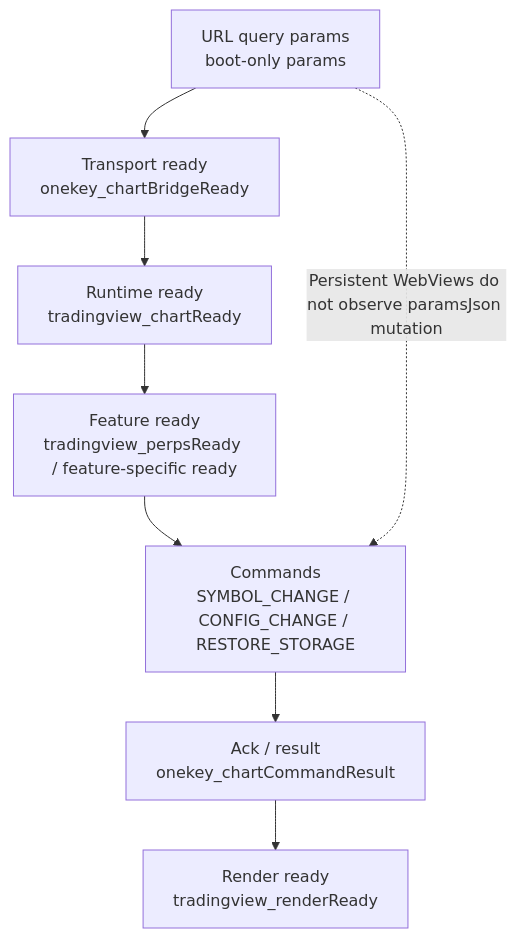
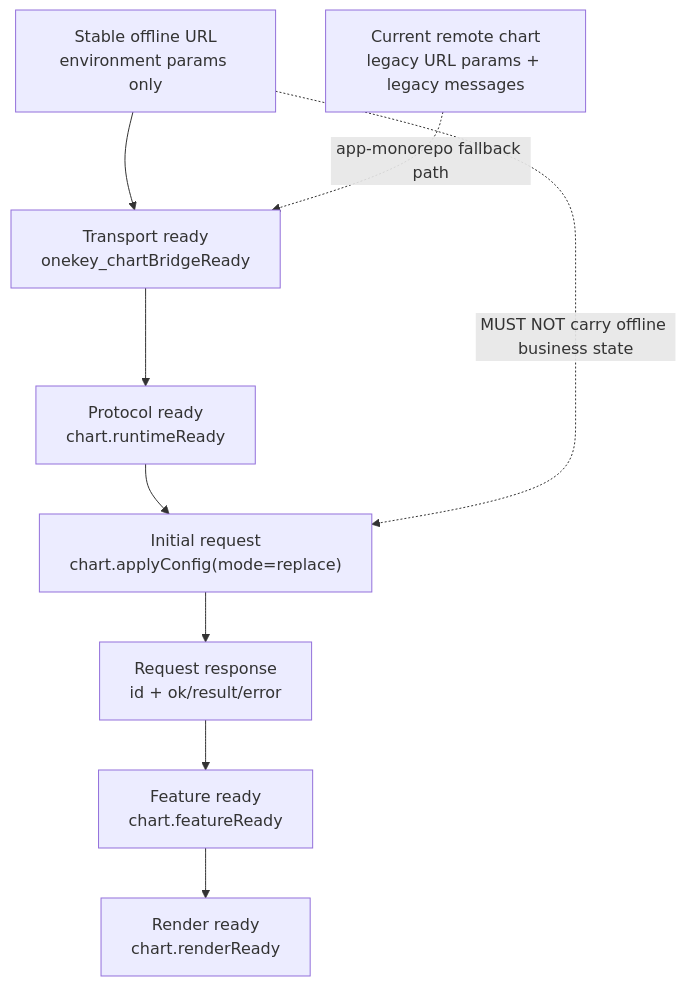
Before and after one commit to OneKeyHQ/app-modules: the second of 2 diagrams in native-views/react-native-chart-webview/SPEC.md, drawn with Mermaid. The commit also changed other lines of this file, not shown here.

Commit message:
docs: update chart webview protocol spec

````diff
--- a/native-views/react-native-chart-webview/SPEC.md
+++ b/native-views/react-native-chart-webview/SPEC.md
@@ -330,14 +330,15 @@
 ```mermaid
 flowchart TB
-  URL["URL query params<br/>boot-only params"]
+  URL["Stable offline URL<br/>environment params only"]
   Transport["Transport ready<br/>onekey_chartBridgeReady"]
-  Runtime["Runtime ready<br/>tradingview_chartReady"]
-  Feature["Feature ready<br/>tradingview_perpsReady / feature-specific ready"]
-  Command["Commands<br/>SYMBOL_CHANGE / CONFIG_CHANGE / RESTORE_STORAGE"]
-  Result["Ack / result<br/>onekey_chartCommandResult"]
-  Render["Render ready<br/>tradingview_renderReady"]
+  Runtime["Protocol ready<br/>chart.runtimeReady"]
+  Apply["Initial request<br/>chart.applyConfig(mode=replace)"]
+  Response["Request response<br/>id + ok/result/error"]
+  Feature["Feature ready<br/>chart.featureReady"]
+  Render["Render ready<br/>chart.renderReady"]
+  Legacy["Current remote chart<br/>legacy URL params + legacy messages"]
 
-  URL --> Transport --> Runtime --> Feature
-  Feature --> Command --> Result --> Render
-  URL -. "Persistent WebViews do not observe paramsJson mutation" .-> Command
+  URL --> Transport --> Runtime --> Apply --> Response --> Feature --> Render
+  URL -. "MUST NOT carry offline business state" .-> Apply
+  Legacy -. "app-monorepo fallback path" .-> Transport
 ```
````
